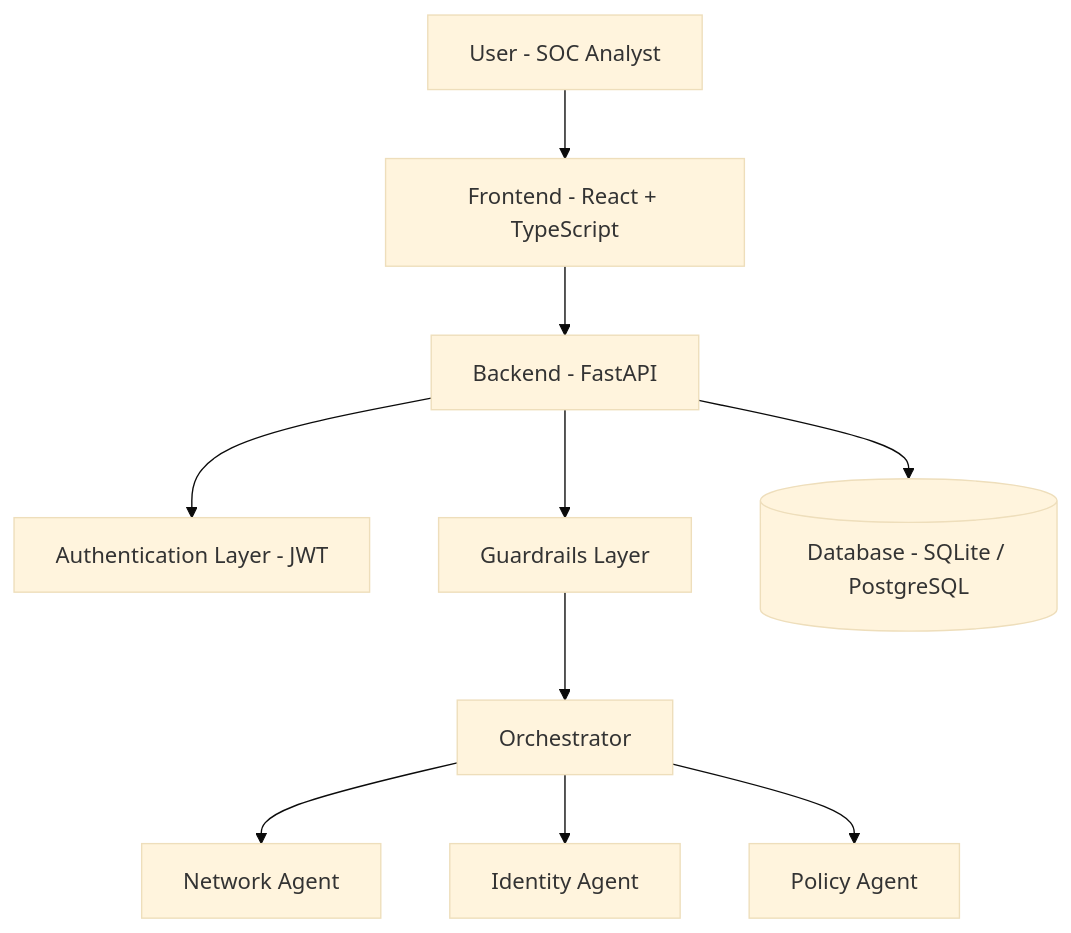
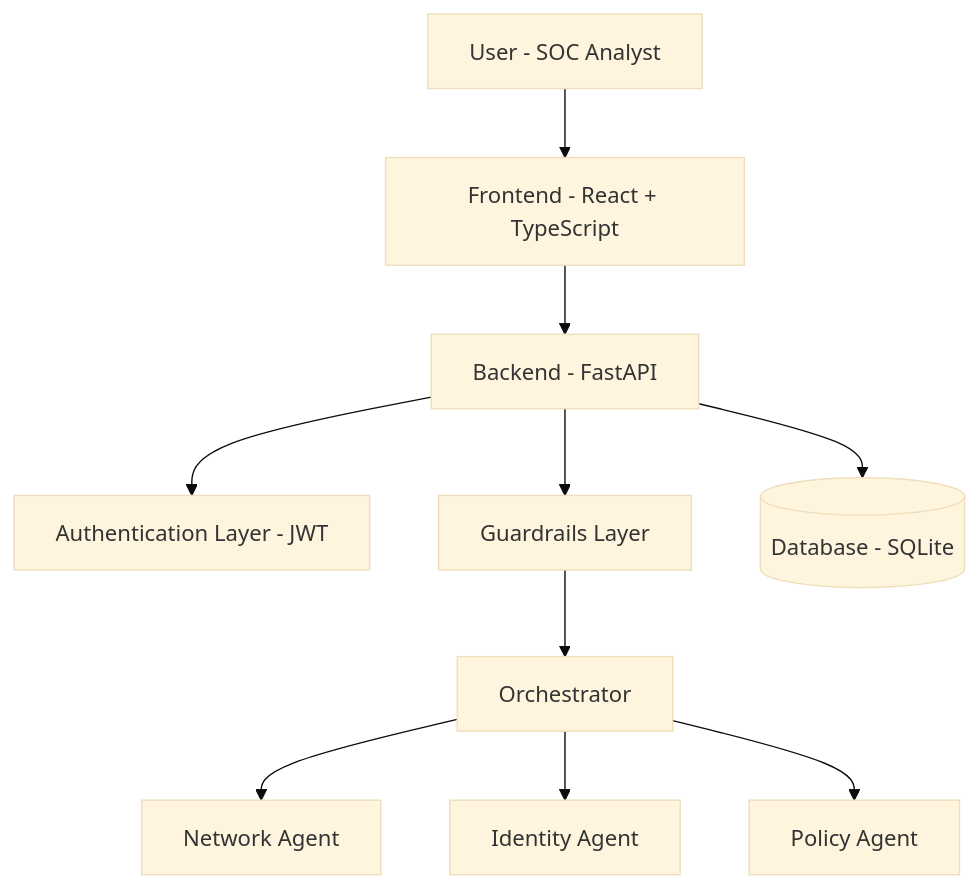
One commit to RonNoiman/AI-SOC-ASSISTANT changed the diagram in README.md. Above: the diagram before and after it, drawn with Mermaid (base theme). The commit also changed other lines of this file and 41 other files, not shown here.

````diff
--- a/README.md
+++ b/README.md
@@ -87,12 +87,12 @@
 ```mermaid
 flowchart TD
     U[User - SOC Analyst] --> F[Frontend - React + TypeScript]
     F --> B[Backend - FastAPI]
     B --> A[Authentication Layer - JWT]
     B --> G[Guardrails Layer]
     G --> O[Orchestrator]
     O --> N[Network Agent]
     O --> I[Identity Agent]
     O --> P[Policy Agent]
-    B --> D[(Database - SQLite / PostgreSQL)]
+    B --> D[(Database - SQLite)]
 ```
````
